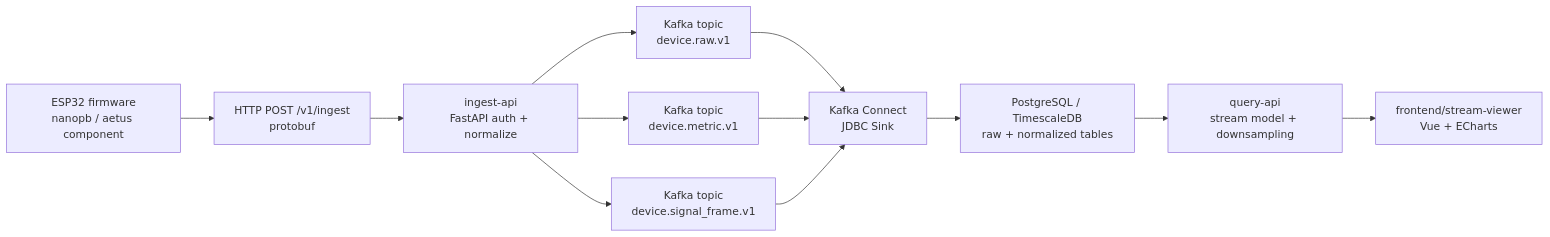
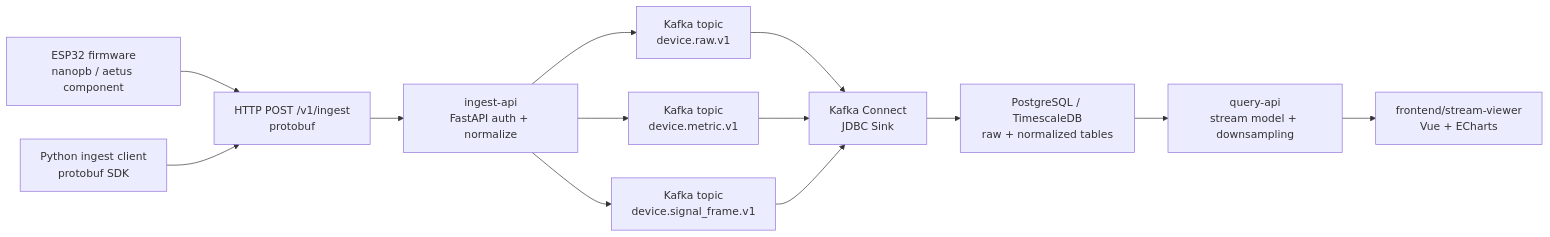
Before and after one commit to donghoonpark/aetus: the first of 7 diagrams in docs/09-testing-and-e2e-coverage.md, drawn with Mermaid. The commit also changed other lines of this file and 14 other files, not shown here.

Commit message:
Add Python ingest client SDK

````diff
--- a/docs/09-testing-and-e2e-coverage.md
+++ b/docs/09-testing-and-e2e-coverage.md
@@ -15,14 +15,15 @@
 ```mermaid
 flowchart LR
     FW["ESP32 firmware\nnanopb / aetus component"] --> HTTP["HTTP POST /v1/ingest\nprotobuf"]
+    Py["Python ingest client\nprotobuf SDK"] --> HTTP
     HTTP --> Ingest["ingest-api\nFastAPI auth + normalize"]
     Ingest --> KafkaRaw["Kafka topic\ndevice.raw.v1"]
     Ingest --> KafkaMetric["Kafka topic\ndevice.metric.v1"]
     Ingest --> KafkaSignal["Kafka topic\ndevice.signal_frame.v1"]
     KafkaRaw --> Connect["Kafka Connect\nJDBC Sink"]
     KafkaMetric --> Connect
     KafkaSignal --> Connect
     Connect --> PG["PostgreSQL / TimescaleDB\nraw + normalized tables"]
     PG --> Query["query-api\nstream model + downsampling"]
     Query --> Viewer["frontend/stream-viewer\nVue + ECharts"]
 ```
````
